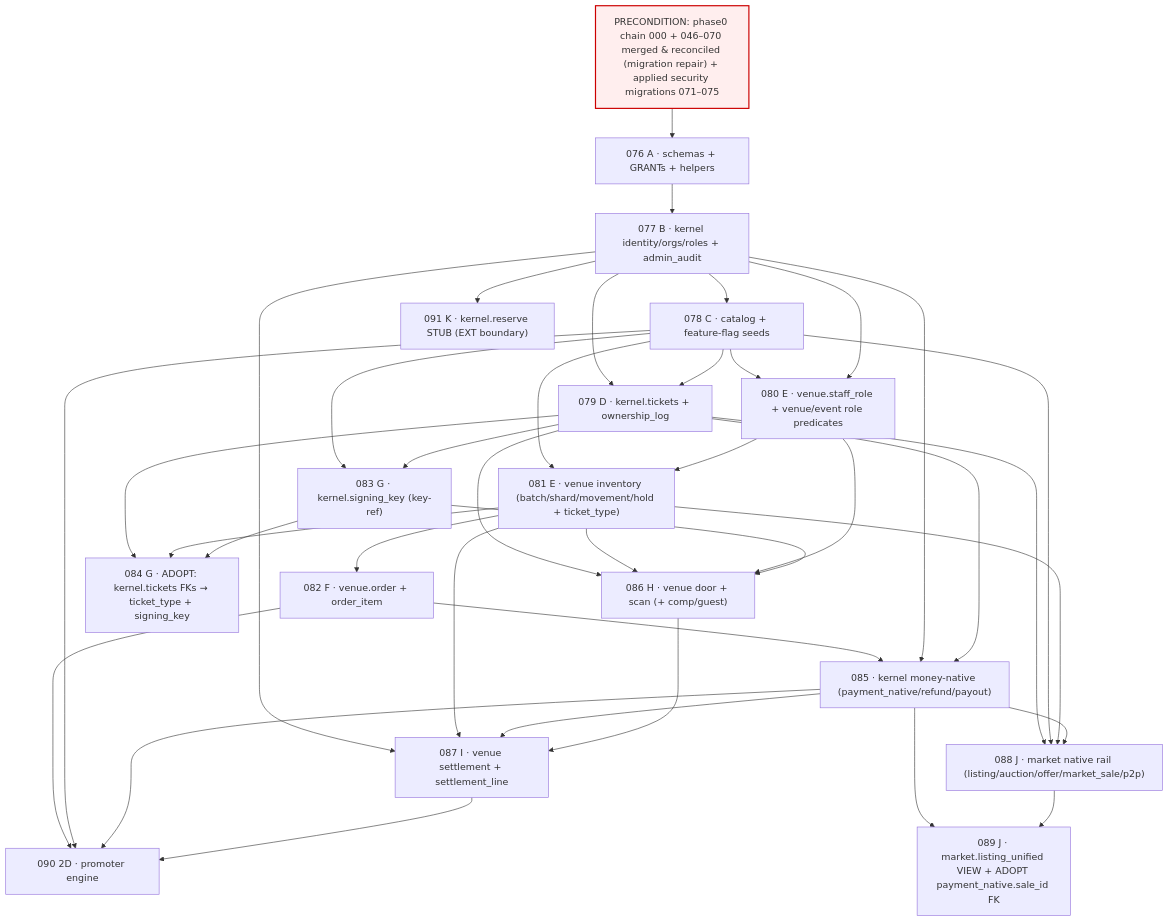
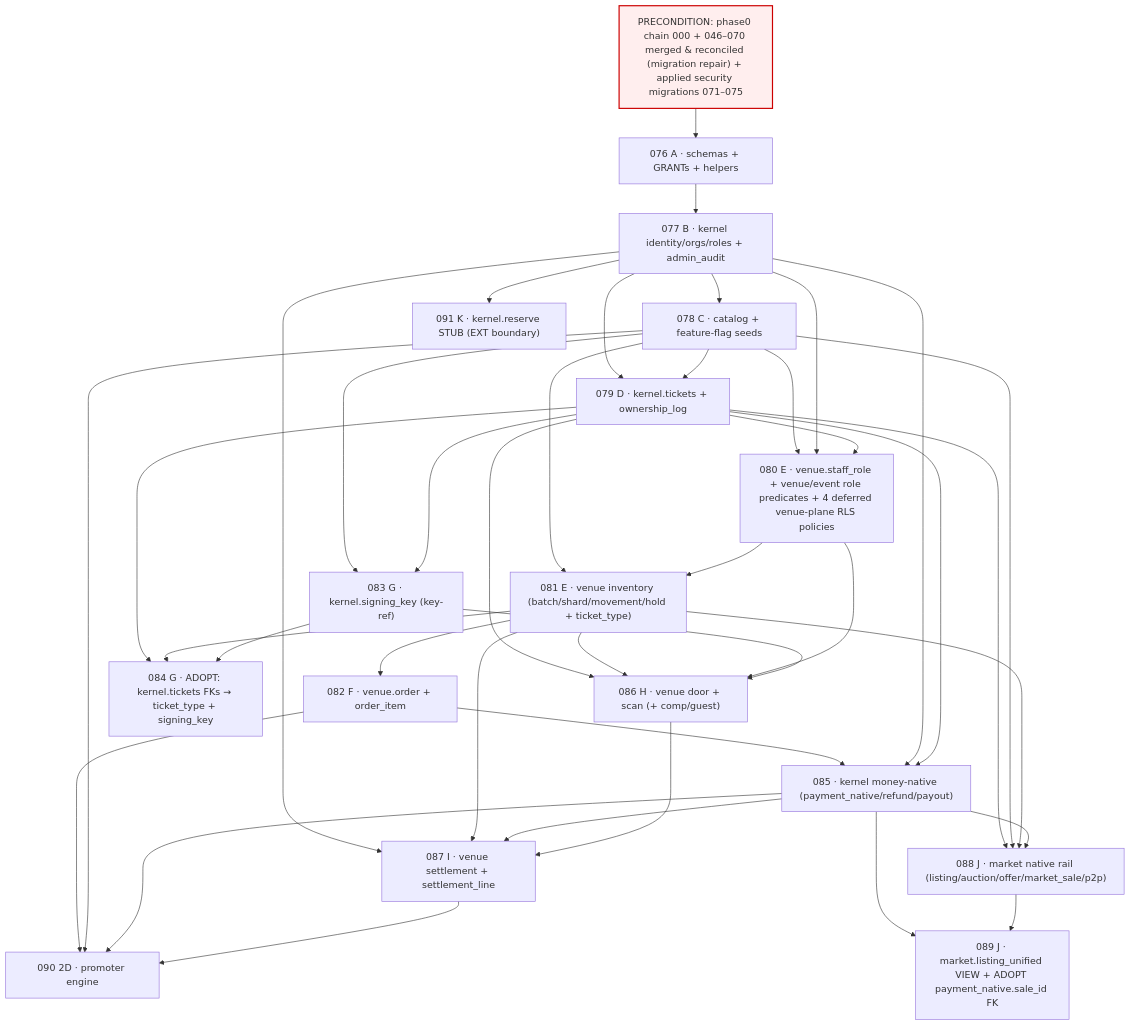
The diagram in docs/architecture/PHASE_2_SUPABASE_MIGRATION_PLAN.md (SnatchIt-app/snatchit), drawn with Mermaid before and after one commit. The commit also changed other lines of this file and 4 other files, not shown here.

````diff
--- a/docs/architecture/PHASE_2_SUPABASE_MIGRATION_PLAN.md
+++ b/docs/architecture/PHASE_2_SUPABASE_MIGRATION_PLAN.md
@@ -242,58 +242,59 @@
 ```mermaid
 graph TD
     P0["PRECONDITION: phase0 chain 000 + 046–070 merged & reconciled (migration repair) + applied security migrations 071–075"]:::pre
 
     A076["076 A · schemas + GRANTs + helpers"]
     B077["077 B · kernel identity/orgs/roles + admin_audit"]
     C078["078 C · catalog + feature-flag seeds"]
     D079["079 D · kernel.tickets + ownership_log"]
-    E080["080 E · venue.staff_role + venue/event role predicates"]
+    E080["080 E · venue.staff_role + venue/event role predicates + 4 deferred venue-plane RLS policies"]
     E081["081 E · venue inventory (batch/shard/movement/hold + ticket_type)"]
     F082["082 F · venue.order + order_item"]
     G083["083 G · kernel.signing_key (key-ref)"]
     G084["084 G · ADOPT: kernel.tickets FKs → ticket_type + signing_key"]
     M085["085 · kernel money-native (payment_native/refund/payout)"]
     H086["086 H · venue door + scan (+ comp/guest)"]
     I087["087 I · venue settlement + settlement_line"]
     J088["088 J · market native rail (listing/auction/offer/market_sale/p2p)"]
     J089["089 J · market.listing_unified VIEW + ADOPT payment_native.sale_id FK"]
     D090["090 2D · promoter engine"]
     K091["091 K · kernel.reserve STUB (EXT boundary)"]
 
     P0 --> A076 --> B077 --> C078
     B077 --> D079
     C078 --> D079
     C078 --> E080
     B077 --> E080
+    D079 --> E080
     C078 --> E081
     E080 --> E081
     E081 --> F082
     C078 --> G083
     D079 --> G083
     D079 --> G084
     E081 --> G084
     G083 --> G084
     F082 --> M085
     B077 --> M085
     D079 --> M085
     D079 --> H086
     E081 --> H086
     E080 --> H086
     G083 --> H086
     B077 --> I087
     E081 --> I087
     M085 --> I087
     H086 --> I087
     D079 --> J088
     C078 --> J088
     E081 --> J088
     M085 --> J088
     M085 --> J089
     J088 --> J089
     F082 --> D090
     C078 --> D090
     M085 --> D090
     I087 --> D090
     B077 --> K091
     classDef pre fill:#fee,stroke:#c00,stroke-width:2px;
 ```
````
